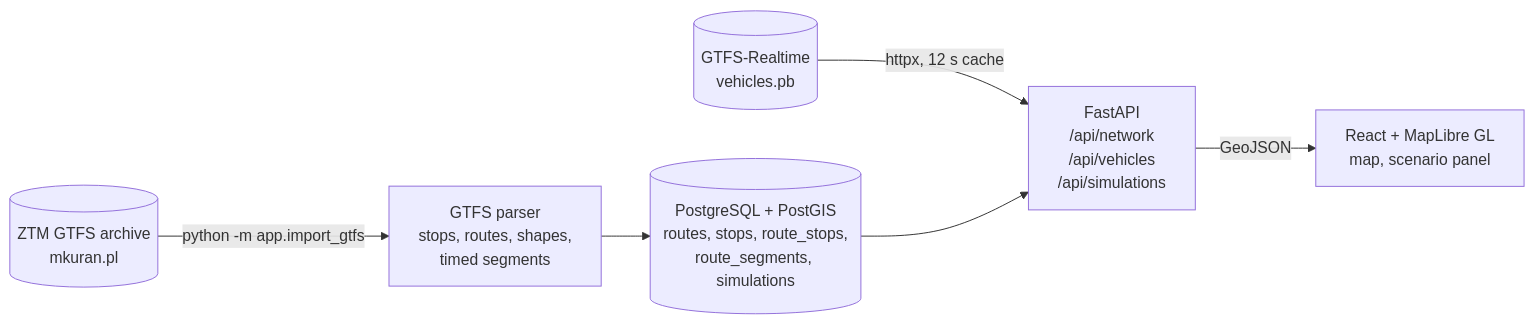
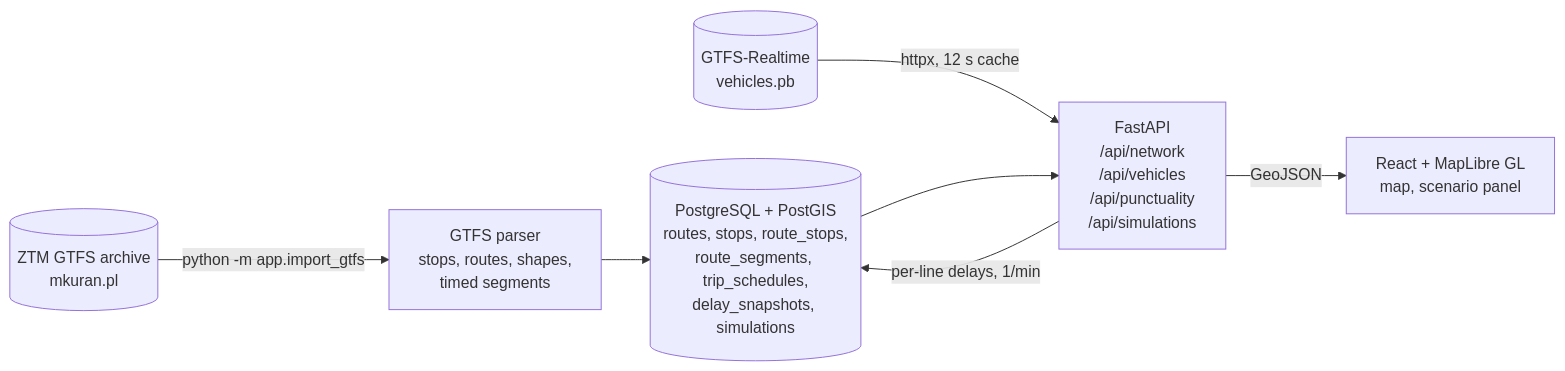
The diagram in README.md (MaciejZiel/Reroute), drawn with Mermaid before and after one commit. The commit also changed other lines of this file, not shown here.

Commit message:
Document delay estimation, punctuality snapshots and the recorded fixtures

````diff
--- a/README.md
+++ b/README.md
@@ -26,8 +27,9 @@
 ```mermaid
 flowchart LR
     GTFS[(ZTM GTFS archive<br/>mkuran.pl)] -->|python -m app.import_gtfs| IMP[GTFS parser<br/>stops, routes, shapes,<br/>timed segments]
-    IMP --> DB[(PostgreSQL + PostGIS<br/>routes, stops, route_stops,<br/>route_segments, simulations)]
+    IMP --> DB[(PostgreSQL + PostGIS<br/>routes, stops, route_stops,<br/>route_segments, trip_schedules,<br/>delay_snapshots, simulations)]
     RT[(GTFS-Realtime<br/>vehicles.pb)] -->|httpx, 12 s cache| API
-    DB --> API[FastAPI<br/>/api/network<br/>/api/vehicles<br/>/api/simulations]
+    API -->|per-line delays, 1/min| DB
+    DB --> API[FastAPI<br/>/api/network<br/>/api/vehicles<br/>/api/punctuality<br/>/api/simulations]
     API -->|GeoJSON| WEB[React + MapLibre GL<br/>map, scenario panel]
 ```
````
